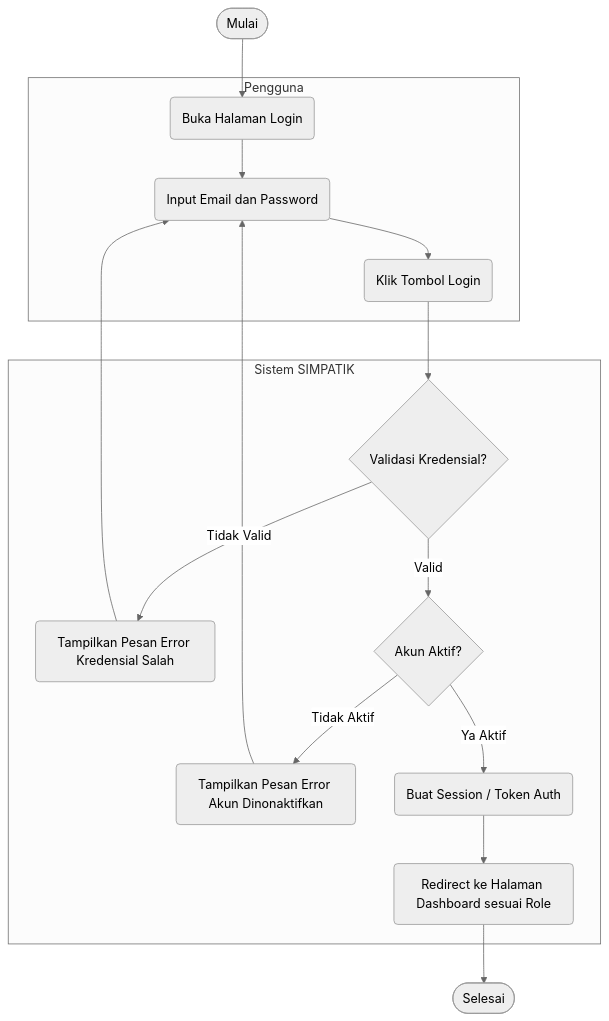
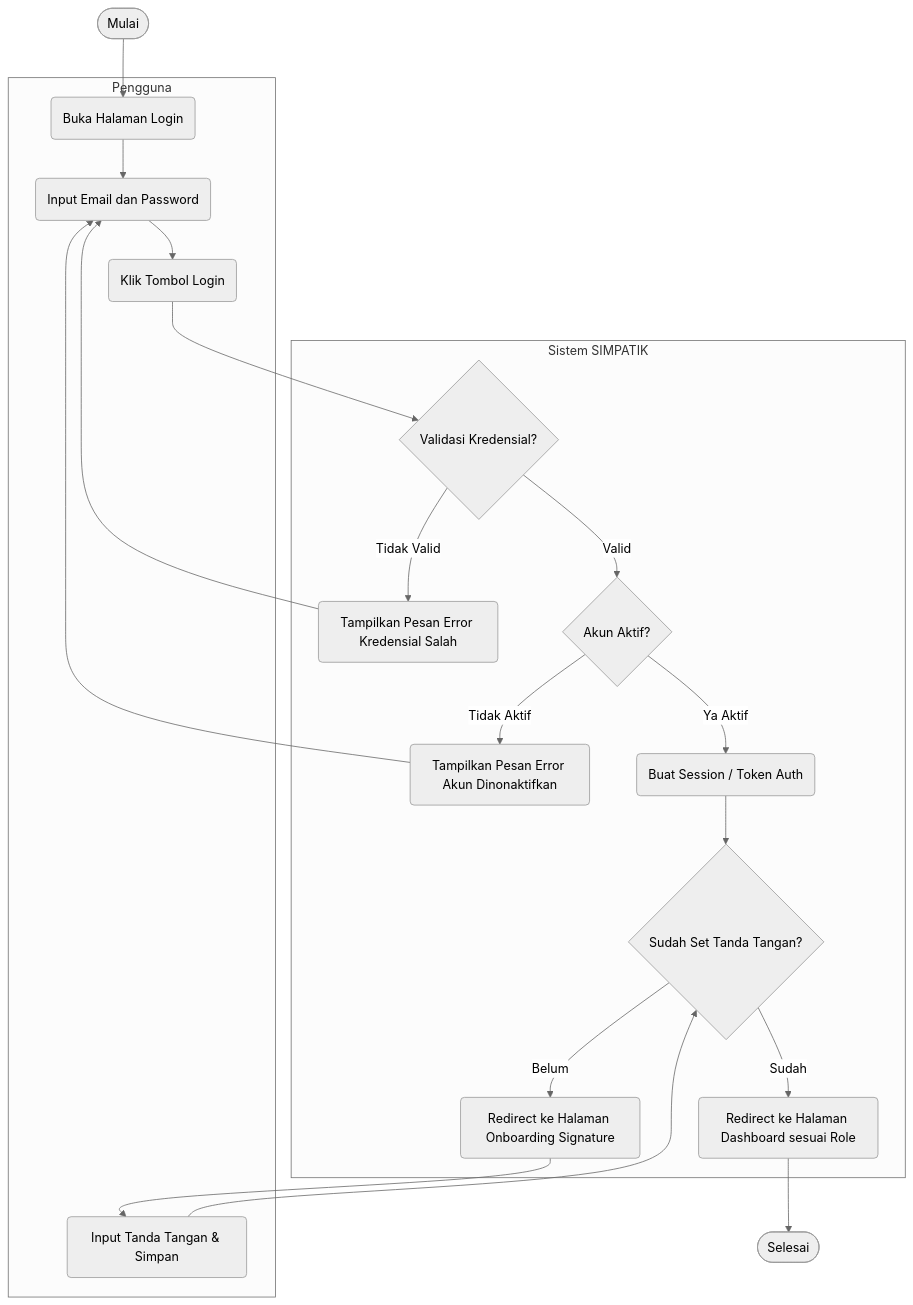
The first of 8 diagrams in laporan_activity_diagram.md (wahyu2021/SIMPATIK), drawn with Mermaid (neutral theme) before and after one commit. The commit also changed other lines of this file, not shown here.

Commit message:
docs: menyempurnakan activity diagram dengan menambahkan alur pengecekan tanda tangan, low stock, dan data master

````diff
--- a/laporan_activity_diagram.md
+++ b/laporan_activity_diagram.md
@@ -22,36 +22,45 @@
 ```mermaid
 flowchart TD
     Start([Mulai])
     End([Selesai])
 
     subgraph User [Pengguna]
         A(Buka Halaman Login)
         B(Input Email dan Password)
         C(Klik Tombol Login)
+        J(Input Tanda Tangan & Simpan)
     end
 
     subgraph Sistem [Sistem SIMPATIK]
         D{Validasi Kredensial?}
         E(Tampilkan Pesan Error Kredensial Salah)
         F{Akun Aktif?}
         G(Tampilkan Pesan Error Akun Dinonaktifkan)
         H(Buat Session / Token Auth)
+        K{Sudah Set Tanda Tangan?}
+        L(Redirect ke Halaman Onboarding Signature)
         I(Redirect ke Halaman Dashboard sesuai Role)
     end
 
     Start --> A
     A --> B
     B --> C
     C --> D
     
     D -- Tidak Valid --> E
     E --> B
     
     D -- Valid --> F
     F -- Tidak Aktif --> G
     G --> B
     
     F -- Ya Aktif --> H
-    H --> I
+    H --> K
+    
+    K -- Belum --> L
+    L --> J
+    J --> K
+    
+    K -- Sudah --> I
     I --> End
 ```
````
